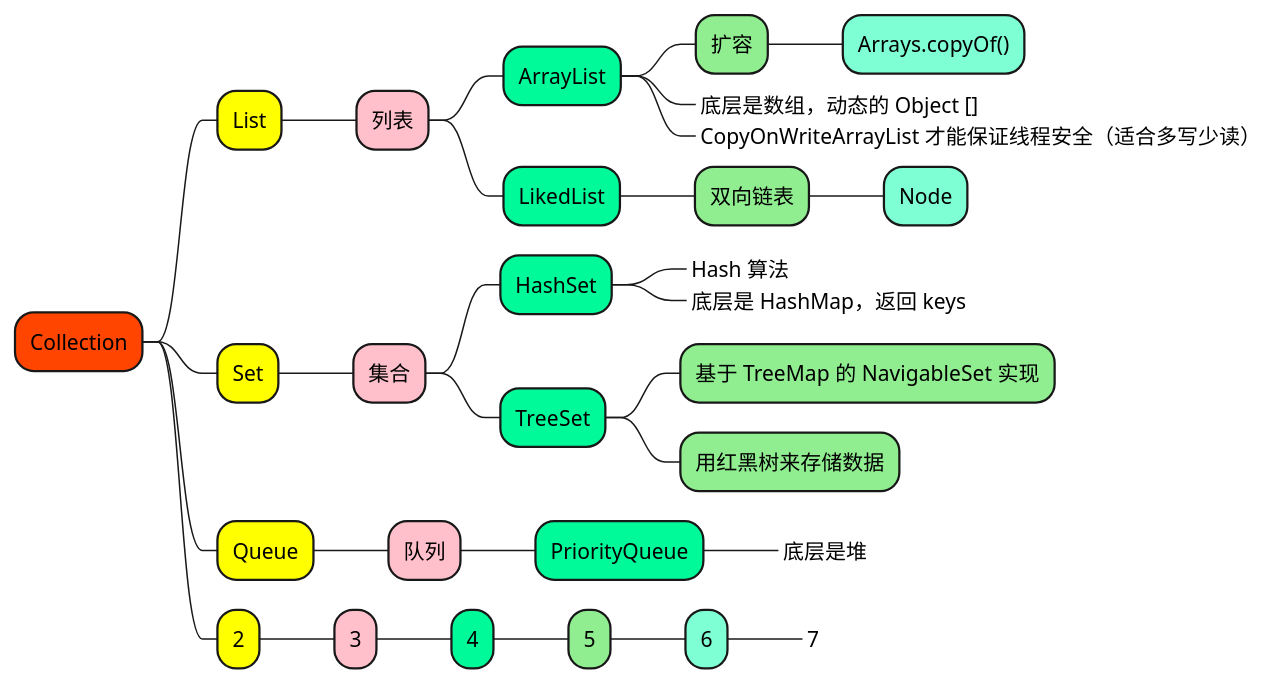
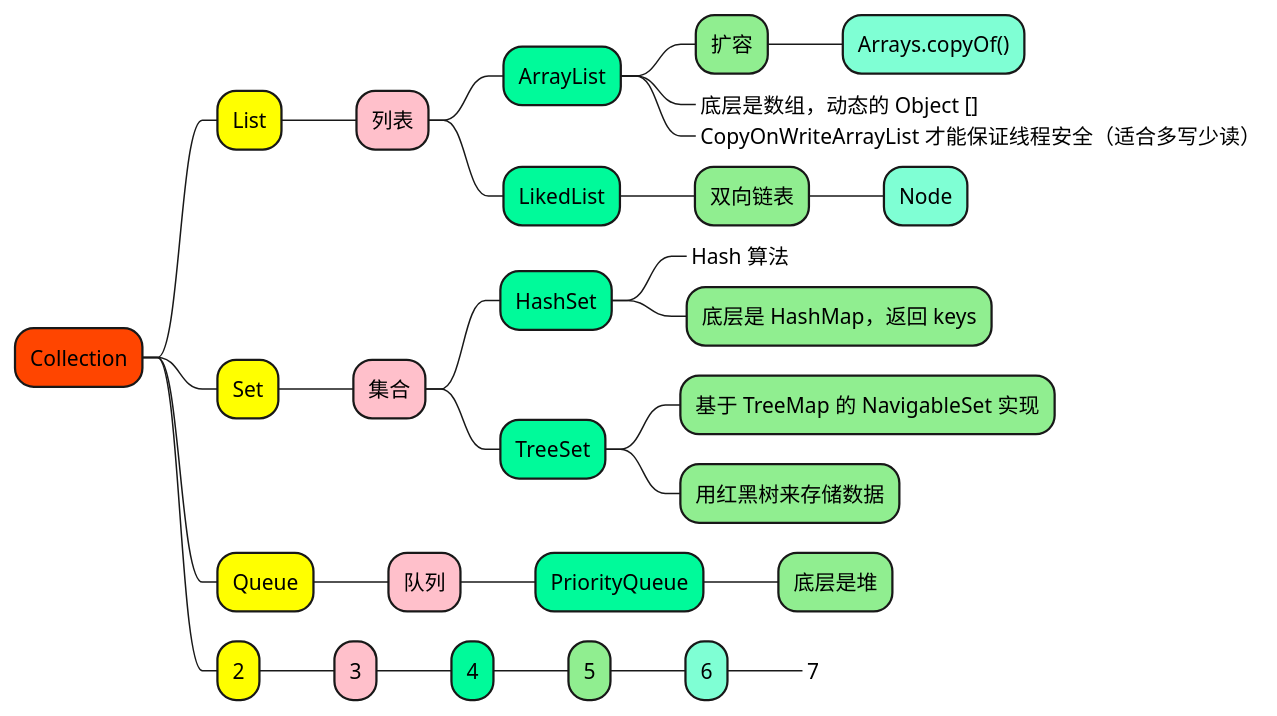
One commit to doveg/self-cultivation-of-a-software-engineer changed the diagram in 1_map/1-java/Java-collection.puml. Above: the diagram before and after it, drawn with PlantUML. The commit also changed 8 other files, not shown here.

```diff
--- a/1_map/1-java/Java-collection.puml
+++ b/1_map/1-java/Java-collection.puml
@@ -1,62 +1,62 @@
 @startmindmap
 
 +[#OrangeRed] Collection
 
 ++[#yellow] List
 
 +++[#Pink] 列表
 
 ++++[#MediumSpringGreen] ArrayList
 +++++[#LightGreen] 扩容
 ++++++[#Aquamarine] Arrays.copyOf()
 +++++[#MediumSpringGreen]_ 底层是数组，动态的 Object []
 +++++[#MediumSpringGreen]_ CopyOnWriteArrayList 才能保证线程安全（适合多写少读）
 
 ++++[#MediumSpringGreen] LikedList
 +++++[#LightGreen] 双向链表
 ++++++[#Aquamarine] Node
 
 
 
 
 ++[#yellow] Set
 
 +++[#Pink] 集合
 
 ++++[#MediumSpringGreen] HashSet
 +++++[#LightGreen]_ Hash 算法
-+++++[#LightGreen]_ 底层是 HashMap，返回 keys
++++++[#LightGreen] 底层是 HashMap，返回 keys
 
 ++++[#MediumSpringGreen] TreeSet
 +++++[#LightGreen] 基于 TreeMap 的 NavigableSet 实现
 +++++[#LightGreen] 用红黑树来存储数据
 
 
 
 
 ++[#yellow] Queue
 
 +++[#Pink] 队列
 
 ++++[#MediumSpringGreen] PriorityQueue
-+++++[#LightGreen]_ 底层是堆
++++++[#LightGreen] 底层是堆
 
 
 
 
 
 
 ++[#yellow] 2
 
 +++[#Pink] 3
 
 ++++[#MediumSpringGreen] 4
 +++++[#LightGreen] 5
 ++++++[#Aquamarine] 6
 +++++++[#Aquamarine]_ 7
 
 
 
 
 
 @endmindmap
```
